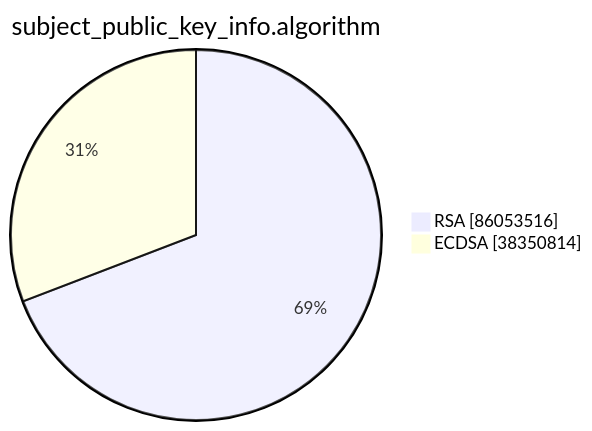
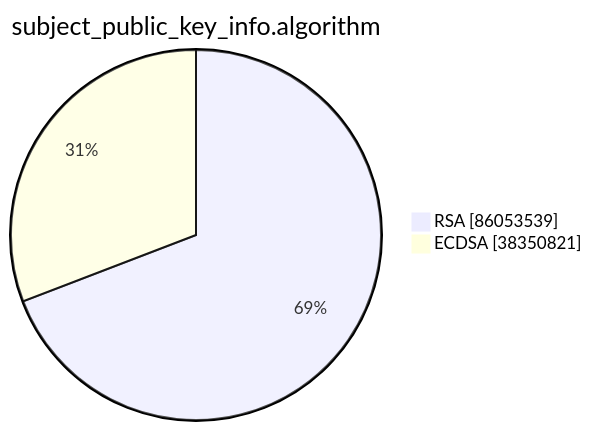
One commit to christiankrug/ctmonitor_visualization changed the second of 15 diagrams in xenon2023/README.md. Above: the diagram before and after it, drawn with Mermaid. The commit also changed other lines of this file, not shown here.

````diff
--- a/xenon2023/README.md
+++ b/xenon2023/README.md
@@ -6,6 +6,6 @@
 ```mermaid
 pie showData
 title subject_public_key_info.algorithm
-"RSA" :86053516
-"ECDSA" :38350814
+"RSA" :86053539
+"ECDSA" :38350821
 ```
````
